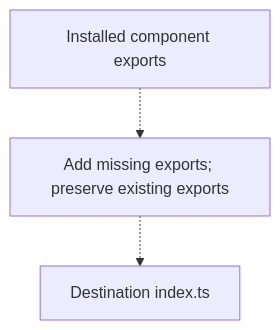
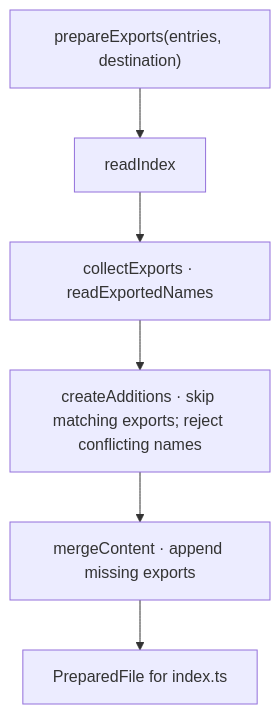
Before and after one commit to feuersteiner/bref-ui: the fourth of 5 diagrams in cli/installation/README.md, drawn with Mermaid. The commit also changed other lines of this file and 13 other files, not shown here.

````diff
--- a/cli/installation/README.md
+++ b/cli/installation/README.md
@@ -100,5 +123,8 @@
 ```mermaid
 flowchart TD
-    exports["Installed component exports"] -.-> merge["Add missing exports; preserve existing exports"]
-    merge -.-> barrel["Destination index.ts"]
+    exports["prepareExports(entries, destination)"] --> read["readIndex"]
+    read --> parse["collectExports · readExportedNames"]
+    parse --> additions["createAdditions · skip matching exports; reject conflicting names"]
+    additions --> merge["mergeContent · append missing exports"]
+    merge --> barrel["PreparedFile for index.ts"]
 ```
````
